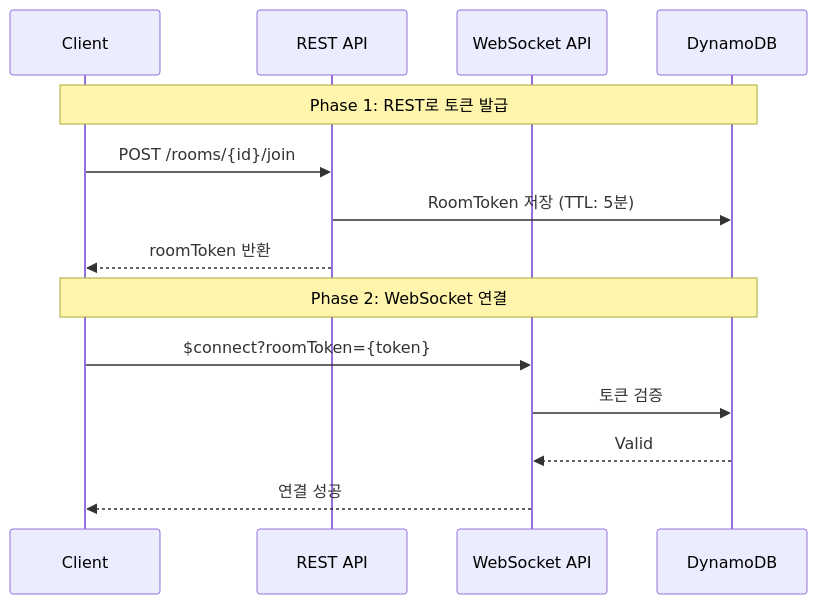
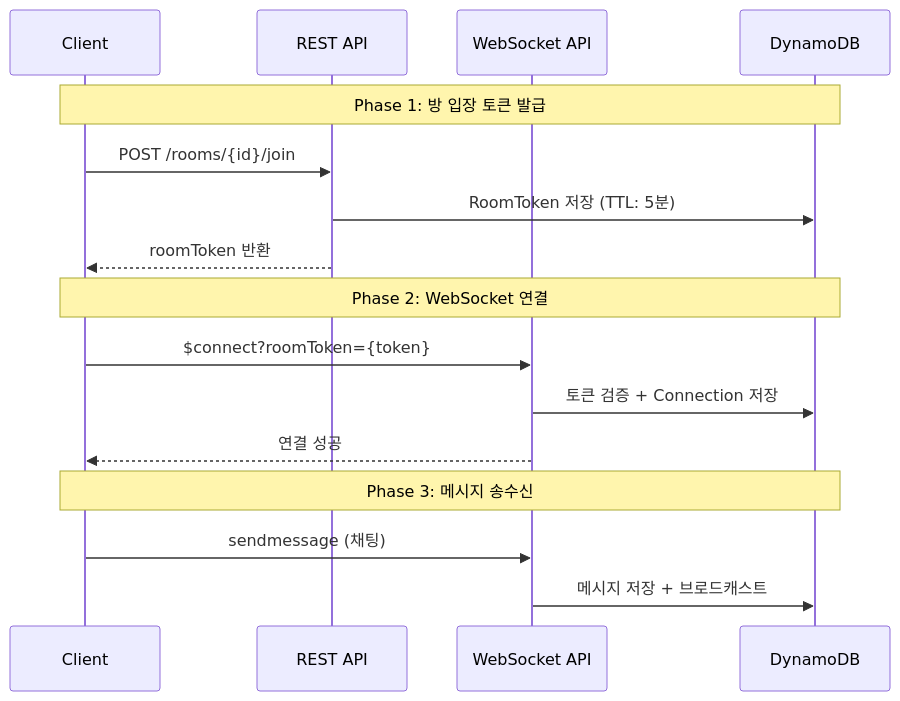
The fourth of 8 diagrams in docs/MIDTERM-REPORT.md (Language-Study-Prooject/BE_Repository), drawn with Mermaid before and after one commit. The commit also changed other lines of this file, not shown here.

````diff
--- a/docs/MIDTERM-REPORT.md
+++ b/docs/MIDTERM-REPORT.md
@@ -269,18 +134,18 @@
 ```mermaid
 sequenceDiagram
     participant Client
     participant REST as REST API
     participant WS as WebSocket API
     participant DB as DynamoDB
-
-    Note over Client,DB: Phase 1: REST로 토큰 발급
-    Client->>REST: POST /rooms/{id}/join
-    REST->>DB: RoomToken 저장 (TTL: 5분)
-    REST-->>Client: roomToken 반환
-
-    Note over Client,DB: Phase 2: WebSocket 연결
-    Client->>WS: $connect?roomToken={token}
-    WS->>DB: 토큰 검증
-    DB-->>WS: Valid
-    WS-->>Client: 연결 성공
+    Note over Client, DB: Phase 1: 방 입장 토큰 발급
+    Client ->> REST: POST /rooms/{id}/join
+    REST ->> DB: RoomToken 저장 (TTL: 5분)
+    REST -->> Client: roomToken 반환
+    Note over Client, DB: Phase 2: WebSocket 연결
+    Client ->> WS: $connect?roomToken={token}
+    WS ->> DB: 토큰 검증 + Connection 저장
+    WS -->> Client: 연결 성공
+    Note over Client, DB: Phase 3: 메시지 송수신
+    Client ->> WS: sendmessage (채팅)
+    WS ->> DB: 메시지 저장 + 브로드캐스트
 ```
````
